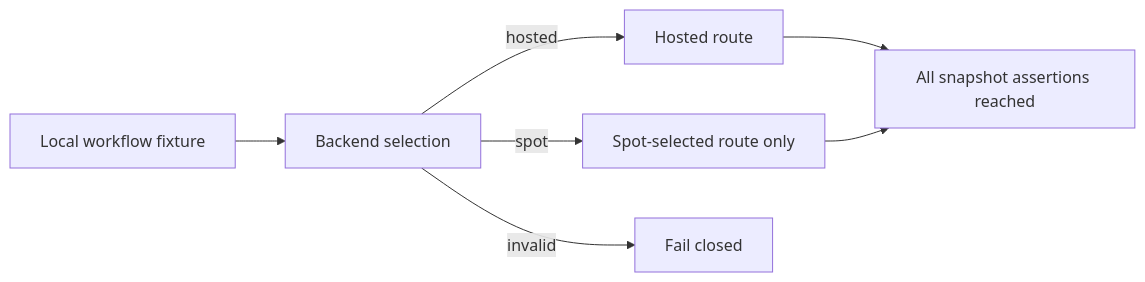
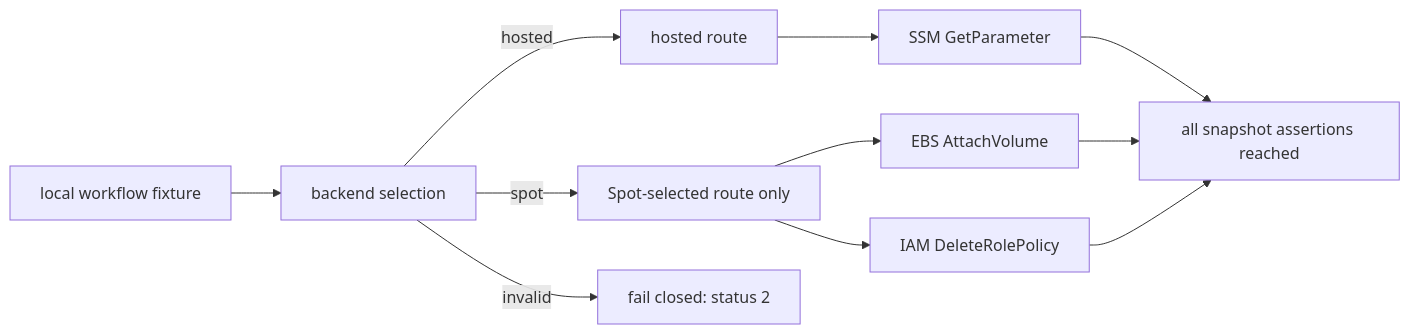
The diagram in .csdlc/issues/5467/retained/diagram.mmd (agent-logic/agent-design-language), drawn with Mermaid before and after one commit. The commit also changed 29 other files, not shown here.

```diff
--- a/.csdlc/issues/5467/retained/diagram.mmd
+++ b/.csdlc/issues/5467/retained/diagram.mmd
@@ -1,7 +1,11 @@
 flowchart LR
-  A["Local workflow fixture"] --> B["Backend selection"]
-  B -->|hosted| C["Hosted route"]
-  B -->|spot| D["Spot-selected route only"]
-  B -->|invalid| E["Fail closed"]
-  C --> F["All snapshot assertions reached"]
-  D --> F
+  fixture["local workflow fixture"] --> select["backend selection"]
+  select -->|hosted| hosted["hosted route"]
+  select -->|spot| spot["Spot-selected route only"]
+  select -->|invalid| invalid["fail closed: status 2"]
+  hosted --> ssm["SSM GetParameter"]
+  spot --> ebs["EBS AttachVolume"]
+  spot --> iam["IAM DeleteRolePolicy"]
+  ssm --> snapshots["all snapshot assertions reached"]
+  ebs --> snapshots
+  iam --> snapshots
```
